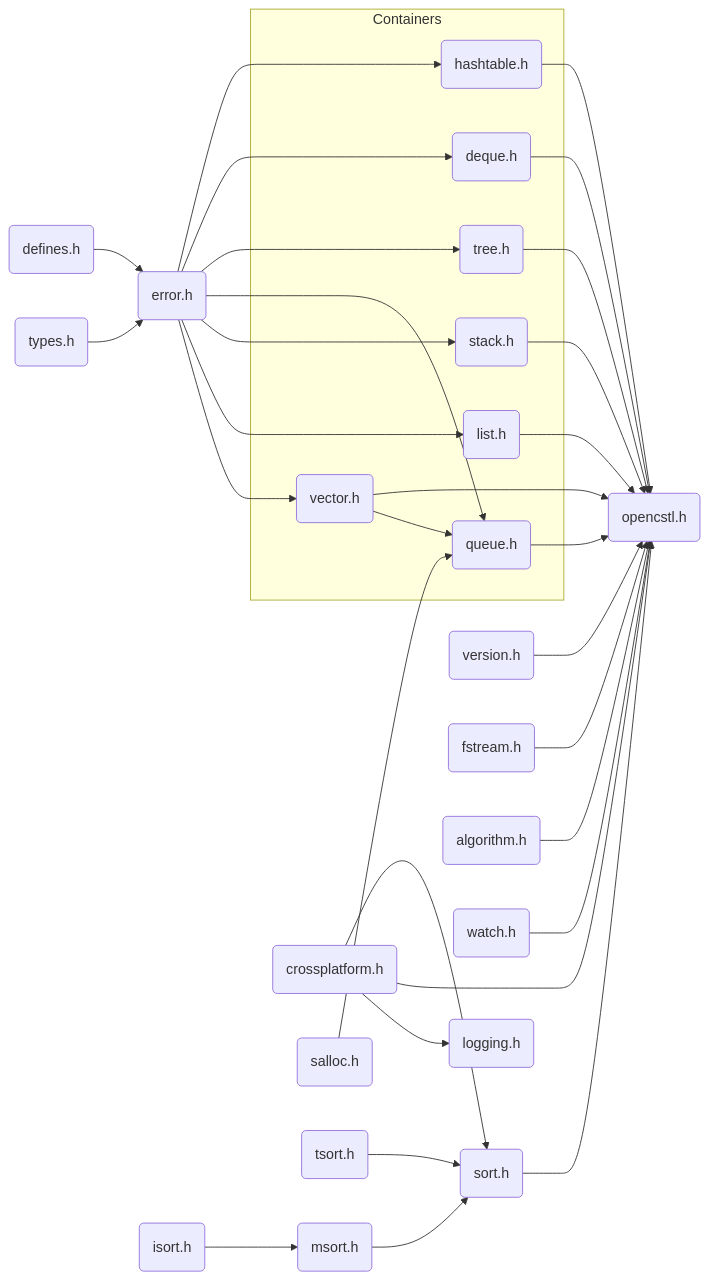
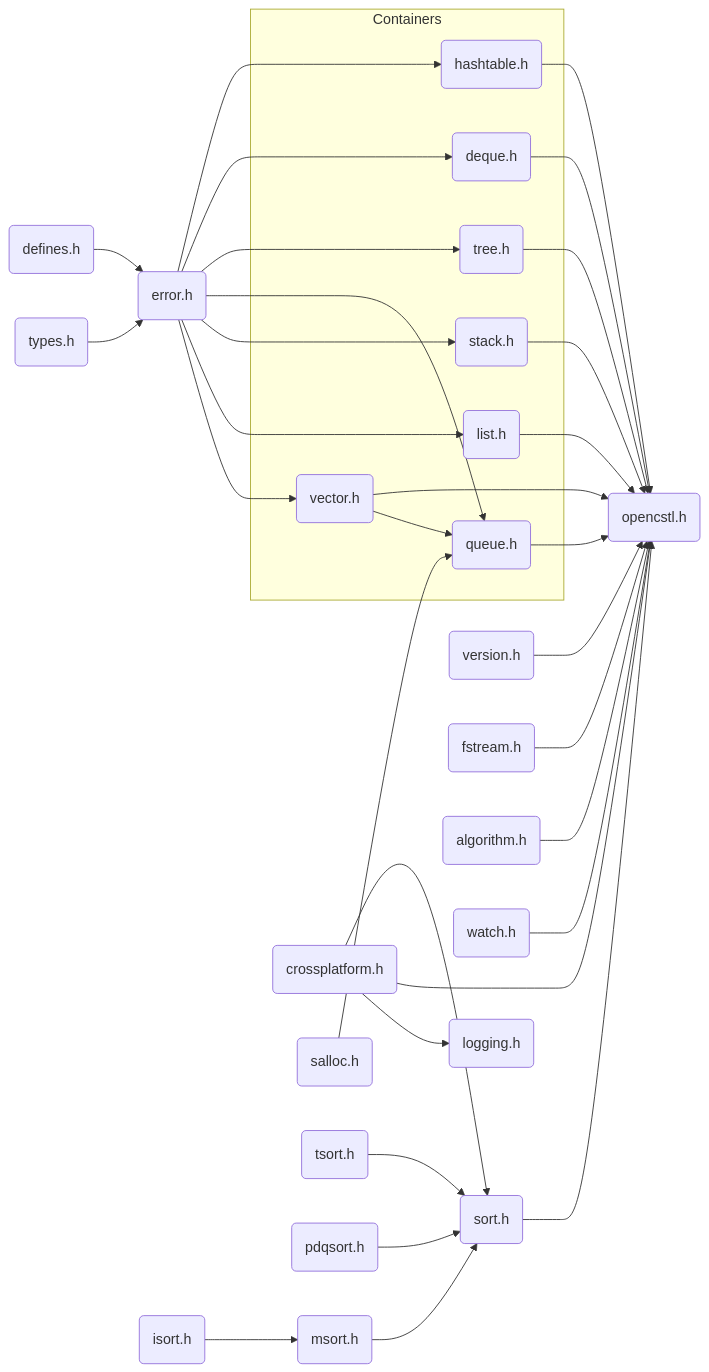
Before and after one commit to springkim/OpenCSTL: the diagram in README.md, drawn with Mermaid. The commit also changed 23 other files, not shown here.

````diff
--- a/README.md
+++ b/README.md
@@ -161,44 +161,45 @@
 ```mermaid
 
   flowchart LR
       T(types.h) --> E(error.h)
       D(defines.h) --> E(error.h)
       C(crossplatform.h) --> L(logging.h)
       E(error.h) --> V(vector.h)
       E(error.h) --> LST(list.h)
       E(error.h) --> S(stack.h)
       SALLOC(salloc.h) --> Q(queue.h)
       E(error.h) --> Q(queue.h)
       V(vector.h) --> Q(queue.h)
       E(error.h) --> TREE(tree.h)
       E(error.h) --> DQ(deque.h)
       E(error.h) --> H(hashtable.h)
 
       subgraph CONTAINERS[Containers]
           V(vector.h)
           LST(list.h)
           S(stack.h)
           Q(queue.h)
           TREE(tree.h)
           DQ(deque.h)
           H(hashtable.h)
       end
 
       C(crossplatform.h) --> OCSTL(opencstl.h)
       V(vector.h) --> OCSTL(opencstl.h)
       LST(list.h) --> OCSTL(opencstl.h)
       TREE(tree.h) --> OCSTL(opencstl.h)
       S(stack.h) --> OCSTL(opencstl.h)
       Q(queue.h) --> OCSTL(opencstl.h)
       DQ(deque.h) --> OCSTL(opencstl.h)
       H(hashtable.h) --> OCSTL(opencstl.h)
       ISORT(isort.h) --> MSORT(msort.h)
       TSORT(tsort.h) --> SORT(sort.h)
       MSORT(msort.h) --> SORT(sort.h)
+      PDQSORT(pdqsort.h) --> SORT(sort.h)
       C(crossplatform.h) --> SORT(sort.h)
       SORT(sort.h) --> OCSTL(opencstl.h)
       VER(version.h) --> OCSTL(opencstl.h)
       FS(fstream.h) --> OCSTL(opencstl.h)
       ALGO(algorithm.h) --> OCSTL(opencstl.h)
       WATCH(watch.h) --> OCSTL(opencstl.h)
 ```
````
